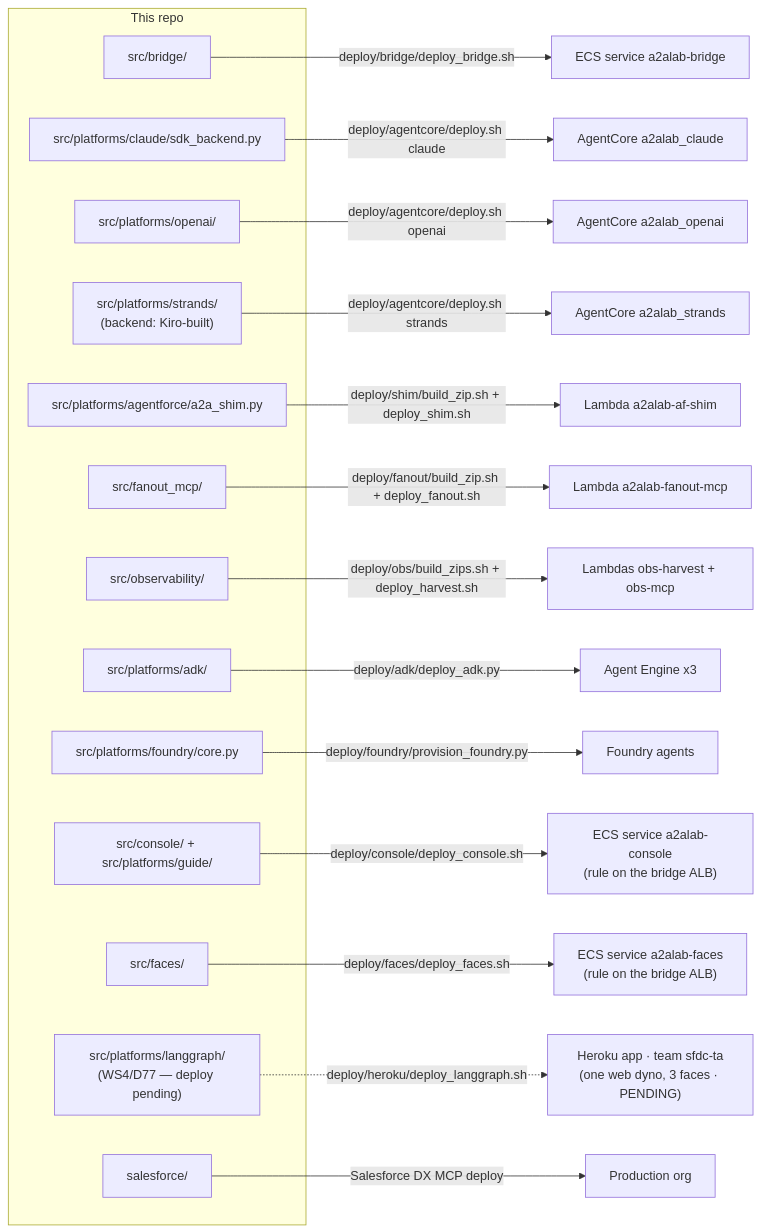
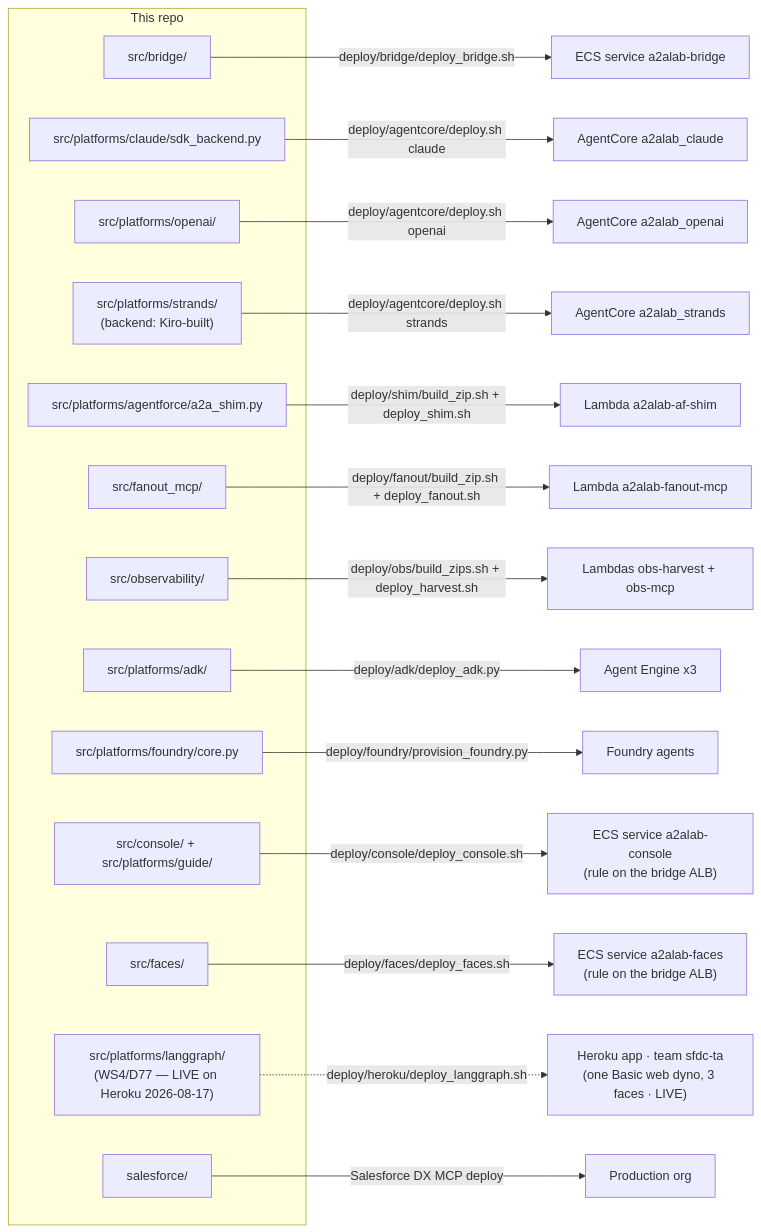
One commit to congmingwudi/a2a-lab changed diagram 11 of 11 in plan/09-deployment-map.md. Above: the diagram before and after it, drawn with Mermaid. The commit also changed other lines of this file and 3 other files, not shown here.

````diff
--- a/plan/09-deployment-map.md
+++ b/plan/09-deployment-map.md
@@ -968,31 +968,31 @@
 ```mermaid
 flowchart LR
   subgraph REPO["This repo"]
     R1["src/bridge/"]
     R2["src/platforms/claude/sdk_backend.py"]
     R3["src/platforms/openai/"]
     R12["src/platforms/strands/<br/>(backend: Kiro-built)"]
     R4["src/platforms/agentforce/a2a_shim.py"]
     R5["src/fanout_mcp/"]
     R6["src/observability/"]
     R7["src/platforms/adk/"]
     R8["src/platforms/foundry/core.py"]
     R9["src/console/ + src/platforms/guide/"]
     R11["src/faces/"]
-    R13["src/platforms/langgraph/<br/>(WS4/D77 — deploy pending)"]
+    R13["src/platforms/langgraph/<br/>(WS4/D77 — LIVE on Heroku 2026-08-17)"]
     R10["salesforce/"]
   end
   R1 -->|"deploy/bridge/deploy_bridge.sh"| D1["ECS service a2alab-bridge"]
   R2 -->|"deploy/agentcore/deploy.sh claude"| D2["AgentCore a2alab_claude"]
   R3 -->|"deploy/agentcore/deploy.sh openai"| D3["AgentCore a2alab_openai"]
   R12 -->|"deploy/agentcore/deploy.sh strands"| D12["AgentCore a2alab_strands"]
   R4 -->|"deploy/shim/build_zip.sh + deploy_shim.sh"| D4["Lambda a2alab-af-shim"]
   R5 -->|"deploy/fanout/build_zip.sh + deploy_fanout.sh"| D5["Lambda a2alab-fanout-mcp"]
   R6 -->|"deploy/obs/build_zips.sh + deploy_harvest.sh"| D6["Lambdas obs-harvest + obs-mcp"]
   R7 -->|"deploy/adk/deploy_adk.py"| D7["Agent Engine x3"]
   R8 -->|"deploy/foundry/provision_foundry.py"| D8["Foundry agents"]
   R9 -->|"deploy/console/deploy_console.sh"| D9["ECS service a2alab-console<br/>(rule on the bridge ALB)"]
   R11 -->|"deploy/faces/deploy_faces.sh"| D11["ECS service a2alab-faces<br/>(rule on the bridge ALB)"]
-  R13 -.->|"deploy/heroku/deploy_langgraph.sh"| D13["Heroku app · team sfdc-ta<br/>(one web dyno, 3 faces · PENDING)"]
+  R13 -.->|"deploy/heroku/deploy_langgraph.sh"| D13["Heroku app · team sfdc-ta<br/>(one Basic web dyno, 3 faces · LIVE)"]
   R10 -->|"Salesforce DX MCP deploy"| D10["Production org"]
 ```
````
